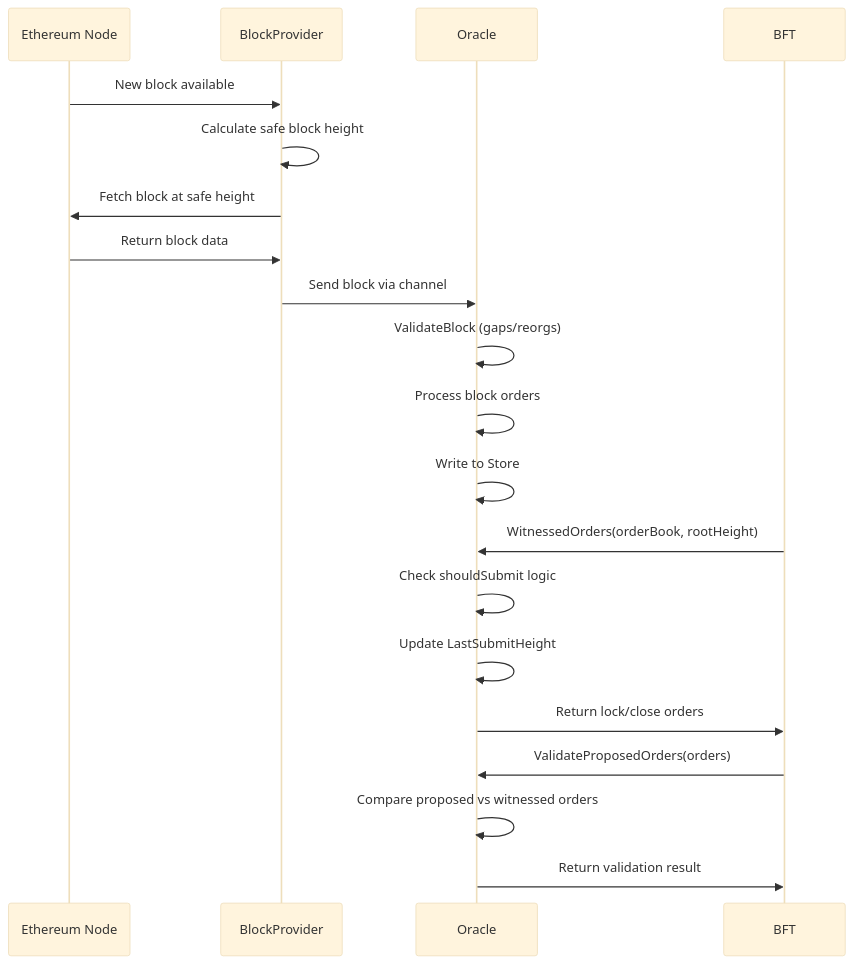
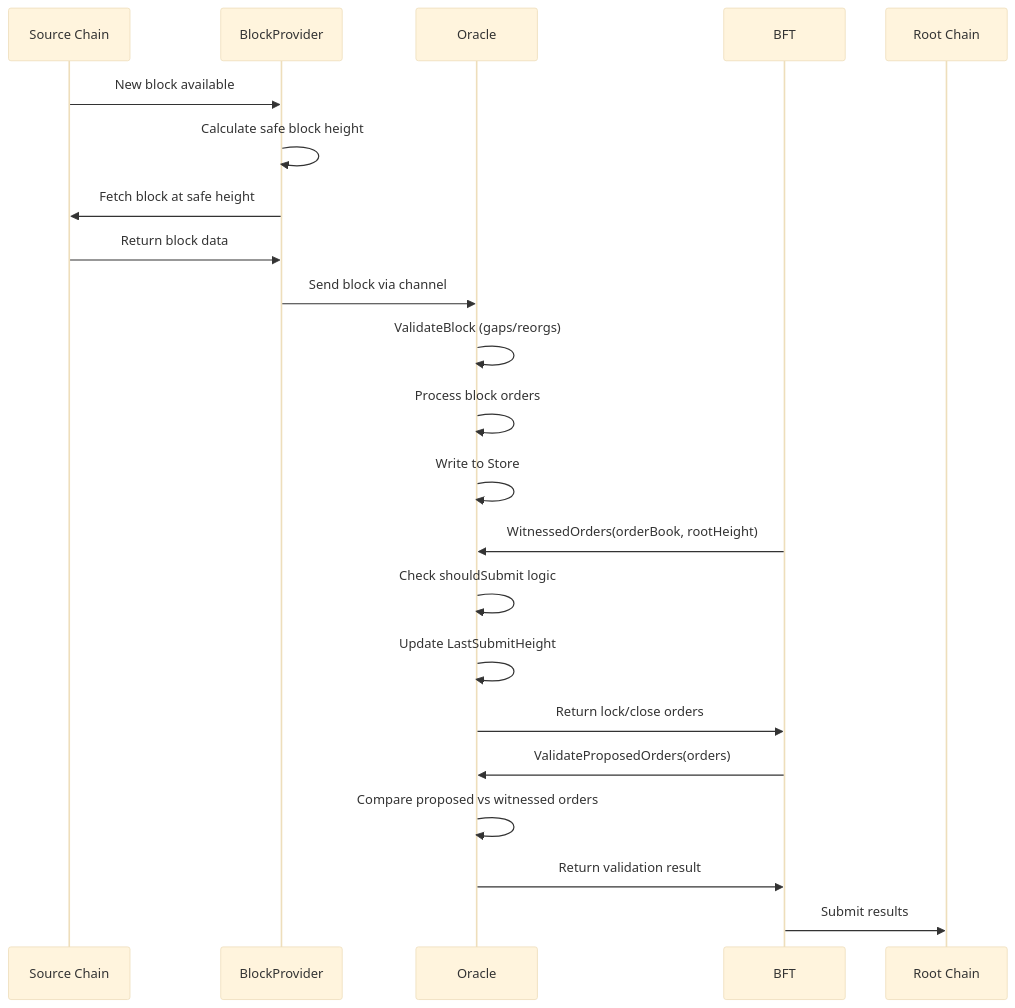
Before and after one commit to canopy-network/canopy: the second of 2 diagrams in cmd/rpc/oracle/ORACLE_FLOW.md, drawn with Mermaid (base theme).

````diff
--- a/cmd/rpc/oracle/ORACLE_FLOW.md
+++ b/cmd/rpc/oracle/ORACLE_FLOW.md
@@ -24,30 +24,34 @@
 ```mermaid
 sequenceDiagram
-    participant EN as Ethereum Node
+    participant SC as Source Chain
     participant BP as BlockProvider
     participant O as Oracle
     participant BFT as BFT
+    participant RC as Root Chain
 
     %% Block retrieval and processing
-    EN->>BP: New block available
+    SC->>BP: New block available
     BP->>BP: Calculate safe block height
-    BP->>EN: Fetch block at safe height
-    EN->>BP: Return block data
+    BP->>SC: Fetch block at safe height
+    SC->>BP: Return block data
     BP->>O: Send block via channel
     
     %% Oracle block processing
     O->>O: ValidateBlock (gaps/reorgs)
     O->>O: Process block orders
     O->>O: Write to Store
     
     %% BFT consensus integration
     BFT->>O: WitnessedOrders(orderBook, rootHeight)
     O->>O: Check shouldSubmit logic
     O->>O: Update LastSubmitHeight
     O->>BFT: Return lock/close orders
     
     %% Block proposal validation
     BFT->>O: ValidateProposedOrders(orders)
     O->>O: Compare proposed vs witnessed orders
     O->>BFT: Return validation result
+    
+    %% Root Chain interaction
+    BFT->>RC: Submit results
 ```
````
